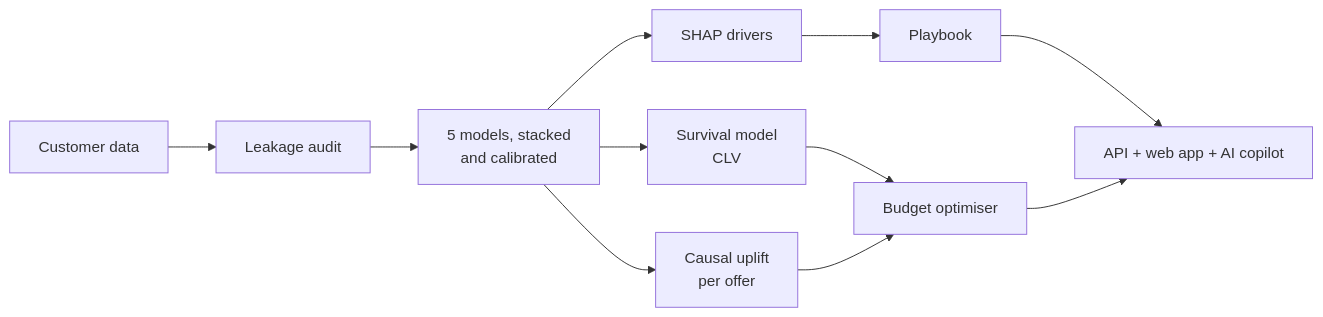
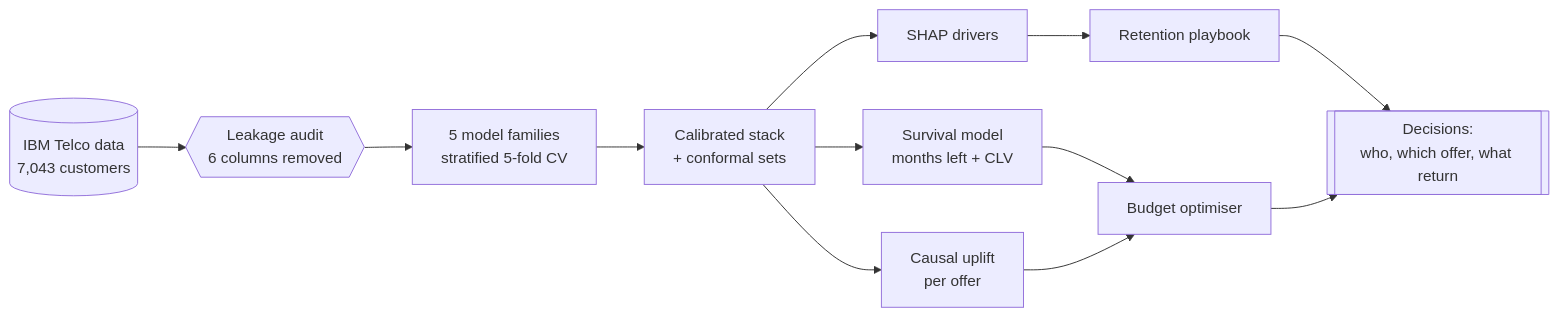
One commit to ac265640/LightHouse changed the first of 2 diagrams in README.md. Above: the diagram before and after it, drawn with Mermaid. The commit also changed other lines of this file and 4 other files, not shown here.

````diff
--- a/README.md
+++ b/README.md
@@ -70,13 +104,14 @@
 ```mermaid
 flowchart LR
-    A[Customer data] --> B[Leakage audit]
-    B --> C[5 models, stacked<br/>and calibrated]
-    C --> D[SHAP drivers]
-    C --> E[Survival model<br/>CLV]
-    C --> F[Causal uplift<br/>per offer]
-    D --> G[Playbook]
-    E --> H[Budget optimiser]
-    F --> H
-    G --> I[API + web app + AI copilot]
-    H --> I
+    A[(IBM Telco data<br/>7,043 customers)] --> B{{Leakage audit<br/>6 columns removed}}
+    B --> C[5 model families<br/>stratified 5-fold CV]
+    C --> D[Calibrated stack<br/>+ conformal sets]
+    D --> E[SHAP drivers]
+    D --> F[Survival model<br/>months left + CLV]
+    D --> G[Causal uplift<br/>per offer]
+    E --> H[Retention playbook]
+    F --> I[Budget optimiser]
+    G --> I
+    H --> J[[Decisions:<br/>who, which offer, what return]]
+    I --> J
 ```
````
